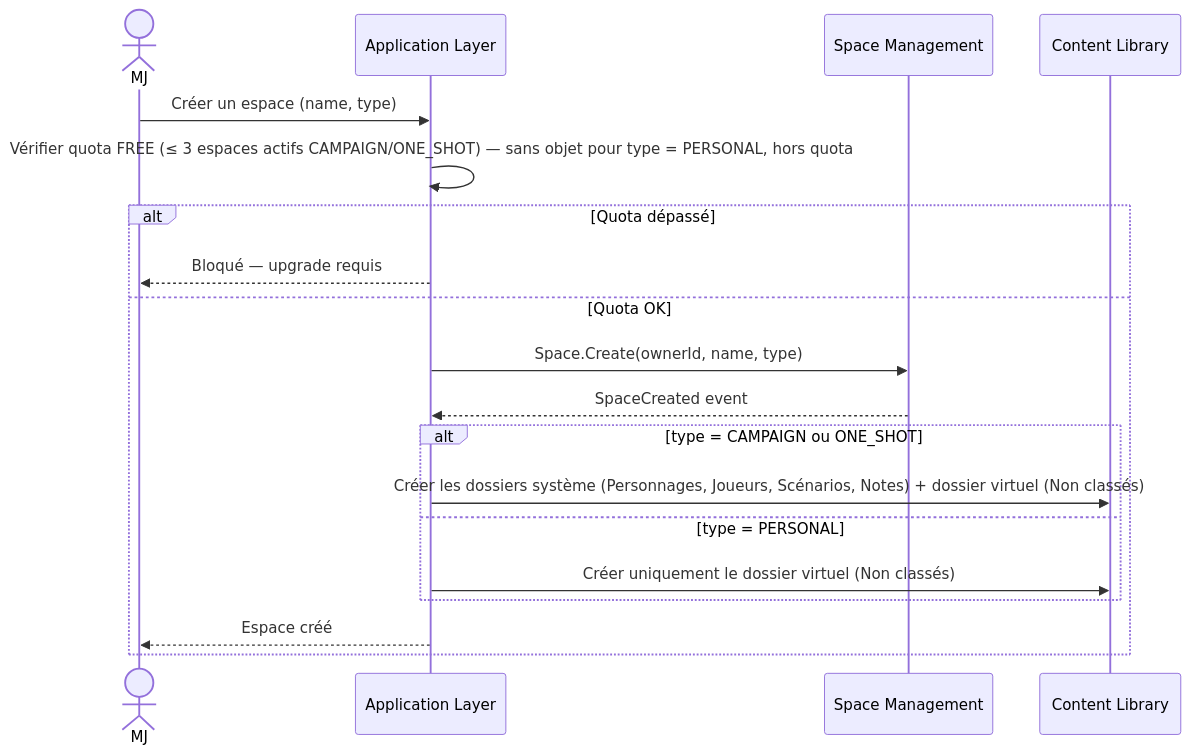
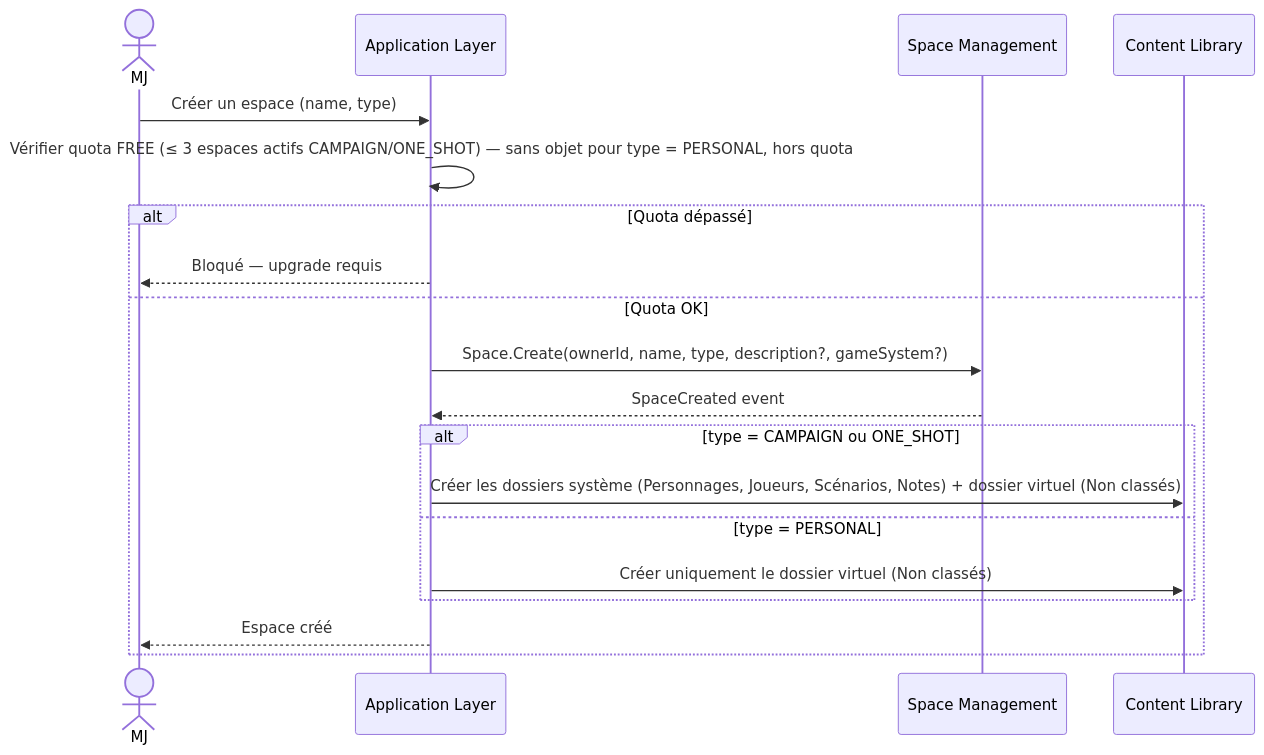
Before and after one commit to 2025-10-CDA-ECO-P6/PM-micro-saas: the first of 7 diagrams in docs/domaine/space-management/flows.md, drawn with Mermaid. The commit also changed 37 other files, not shown here.

````diff
--- a/docs/domaine/space-management/flows.md
+++ b/docs/domaine/space-management/flows.md
@@ -5,22 +5,22 @@
 ```mermaid
 sequenceDiagram
     actor MJ
     participant App as Application Layer
     participant SM as Space Management
     participant CL as Content Library
 
     MJ->>App: Créer un espace (name, type)
     App->>App: Vérifier quota FREE (≤ 3 espaces actifs CAMPAIGN/ONE_SHOT) — sans objet pour type = PERSONAL, hors quota
     alt Quota dépassé
         App-->>MJ: Bloqué — upgrade requis
     else Quota OK
-        App->>SM: Space.Create(ownerId, name, type)
+        App->>SM: Space.Create(ownerId, name, type, description?, gameSystem?)
         SM-->>App: SpaceCreated event
         alt type = CAMPAIGN ou ONE_SHOT
             App->>CL: Créer les dossiers système (Personnages, Joueurs, Scénarios, Notes) + dossier virtuel (Non classés)
         else type = PERSONAL
             App->>CL: Créer uniquement le dossier virtuel (Non classés)
         end
         App-->>MJ: Espace créé
     end
 ```
````
